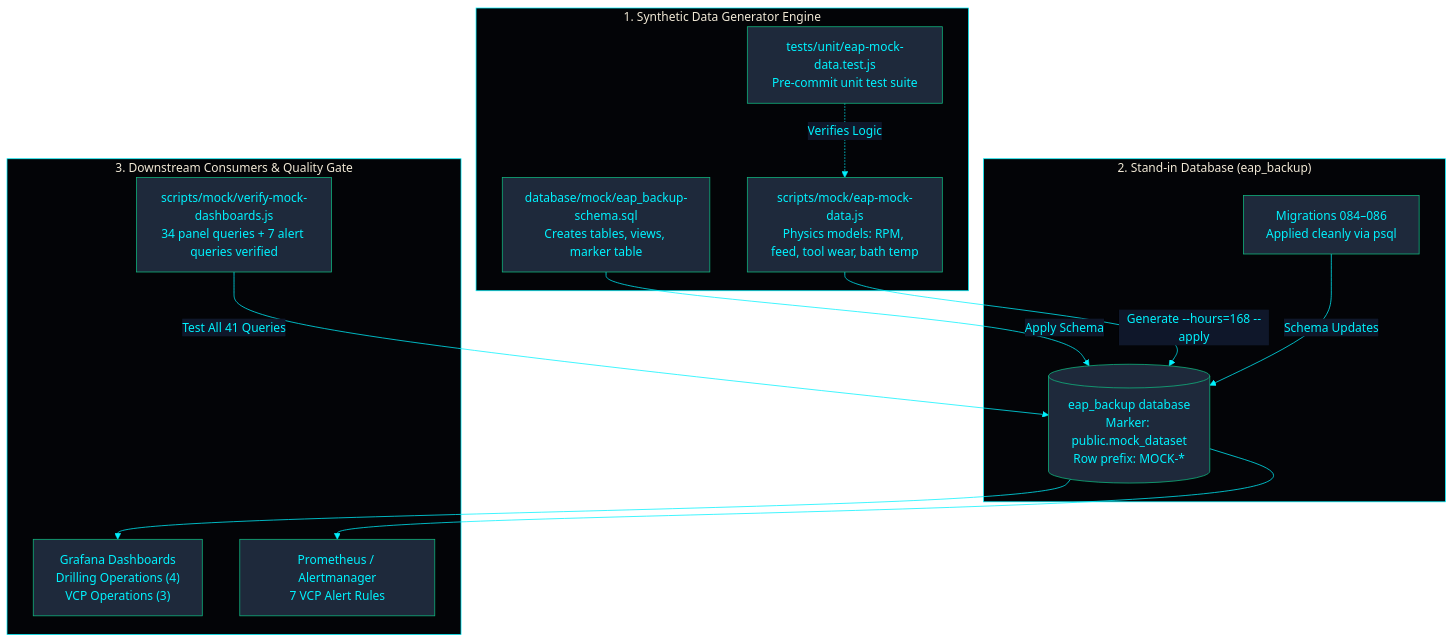
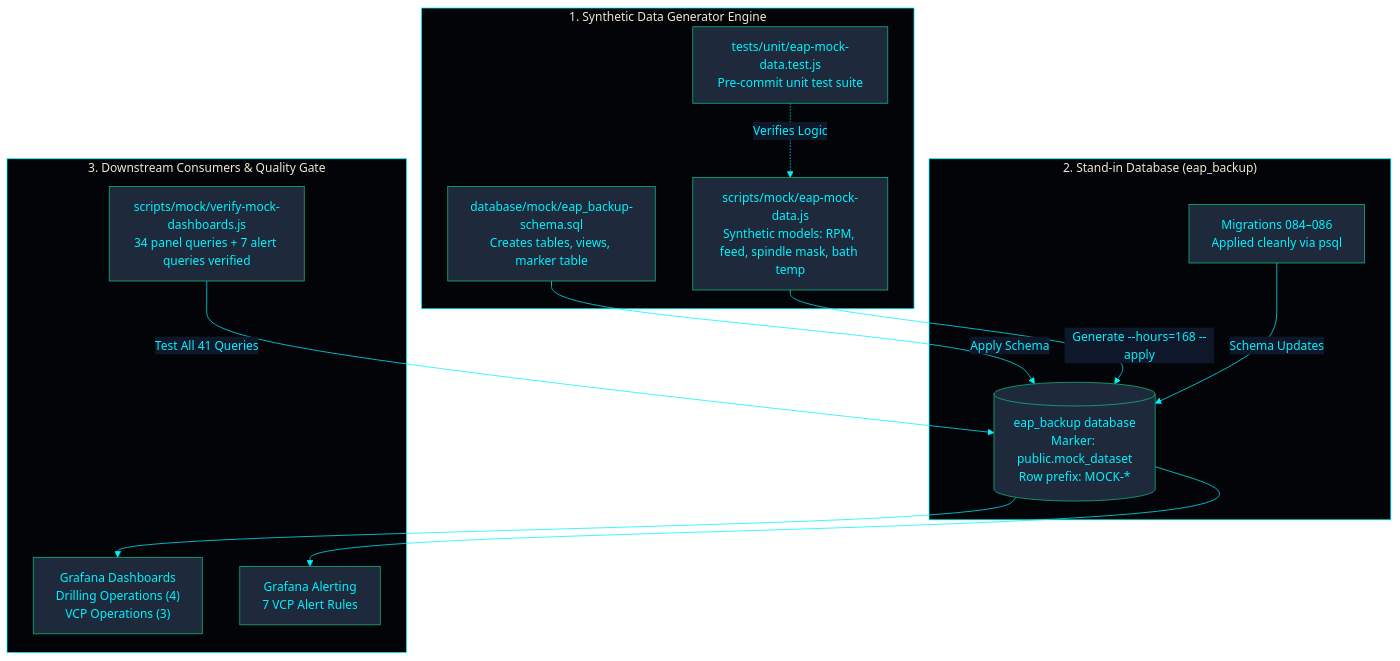
The diagram in docs/data/MOCK_DATA.md (PATTANAKORN025/IMS), drawn with Mermaid before and after one commit. The commit also changed other lines of this file and 46 other files, not shown here.

````diff
--- a/docs/data/MOCK_DATA.md
+++ b/docs/data/MOCK_DATA.md
@@ -26,38 +26,38 @@
 ```mermaid
 %%{init: {'theme': 'base', 'themeVariables': { 'primaryColor': '#1e293b', 'primaryTextColor': '#00F2FE', 'primaryBorderColor': '#10B981', 'lineColor': '#00F2FE', 'secondaryColor': '#0f172a', 'tertiaryColor': '#0f172a', 'clusterBkg': '#030407', 'clusterBorder': '#00F2FE'}}}%%
 flowchart TD
   subgraph GEN["1. Synthetic Data Generator Engine"]
     SCHEMA["database/mock/eap_backup-schema.sql
 Creates tables, views, marker table"]
     MOCK_JS["scripts/mock/eap-mock-data.js
-Physics models: RPM, feed, tool wear, bath temp"]
+Synthetic models: RPM, feed, spindle mask, bath temp"]
     UNIT["tests/unit/eap-mock-data.test.js
 Pre-commit unit test suite"]
   end
 
   subgraph DB["2. Stand-in Database (eap_backup)"]
     STANDIN[("eap_backup database
 Marker: public.mock_dataset
 Row prefix: MOCK-*")]
     MIG["Migrations 084–086
 Applied cleanly via psql"]
   end
 
   subgraph CONSUMERS["3. Downstream Consumers & Quality Gate"]
     DASH["Grafana Dashboards
 Drilling Operations (4)
 VCP Operations (3)"]
-    ALERTS["Prometheus / Alertmanager
+    ALERTS["Grafana Alerting
 7 VCP Alert Rules"]
     VERIFY["scripts/mock/verify-mock-dashboards.js
 34 panel queries + 7 alert queries verified"]
   end
 
   SCHEMA -->|Apply Schema| STANDIN
   MOCK_JS -->|Generate --hours=168 --apply| STANDIN
   MIG -->|Schema Updates| STANDIN
   UNIT -.->|Verifies Logic| MOCK_JS
   STANDIN --> DASH
   STANDIN --> ALERTS
   VERIFY -->|Test All 41 Queries| STANDIN
 ```
````
